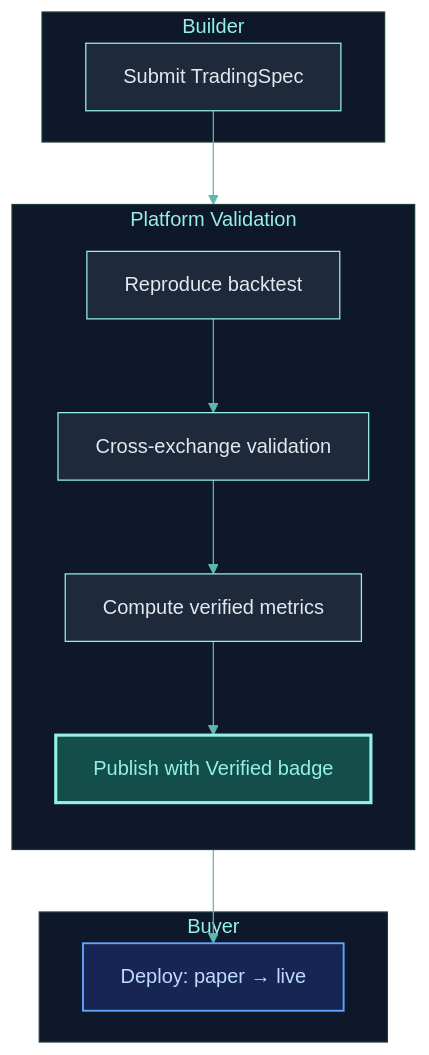
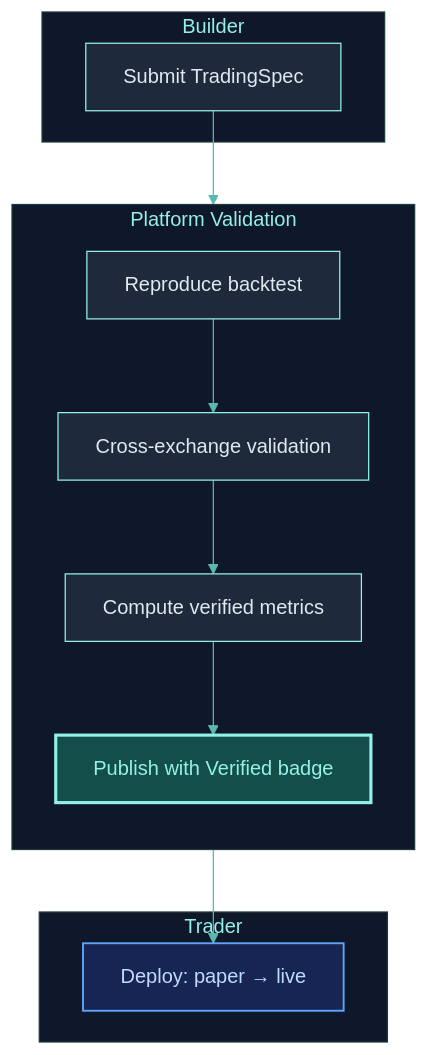
Before and after one commit to Clypt/docs: the first of 2 diagrams in platform/marketplace.mdx, drawn with Mermaid. The commit also changed other lines of this file and 43 other files, not shown here.

````diff
--- a/platform/marketplace.mdx
+++ b/platform/marketplace.mdx
@@ -12,22 +12,22 @@
 ```mermaid
 %%{init: {'theme': 'base', 'themeVariables': { 'primaryColor': '#1e293b', 'primaryTextColor': '#e2e8f0', 'primaryBorderColor': '#94F1E8', 'lineColor': '#5bb8b0', 'clusterBkg': '#0f172a', 'clusterBorder': '#1e3a3a', 'titleColor': '#94F1E8', 'edgeLabelBackground': 'transparent' }}}%%
 flowchart TB
     classDef highlight fill:#134e4a,stroke:#94F1E8,stroke-width:2.5px,color:#94F1E8
     classDef action fill:#172554,stroke:#60a5fa,stroke-width:1.5px,color:#bfdbfe
     subgraph Builder
         A["Submit TradingSpec"]
     end
     subgraph Platform["Platform Validation"]
         direction TB
         B["Reproduce backtest"] --> C["Cross-exchange validation"]
         C --> D["Compute verified metrics"]
         D --> E["Publish with Verified badge"]
     end
-    subgraph Buyer
+    subgraph Trader
         F["Deploy: paper → live"]
     end
     A --> B
     E --> F
     class E highlight
     class F action
 ```
````
